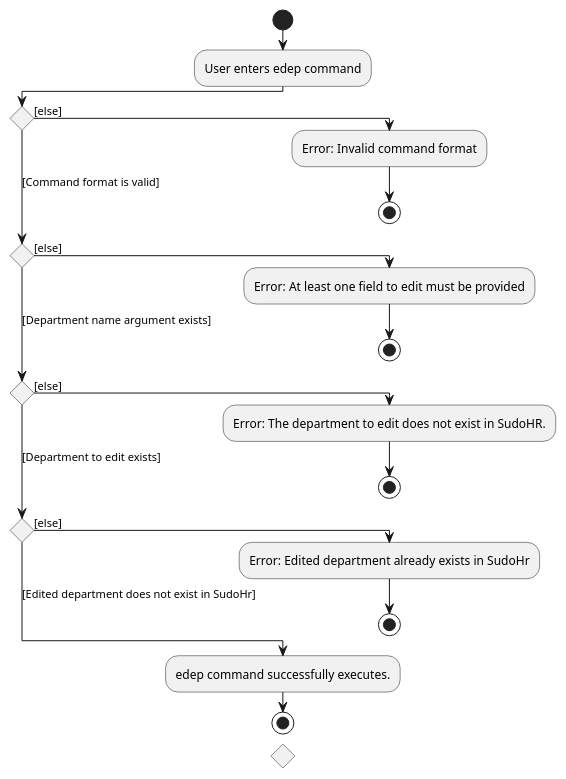
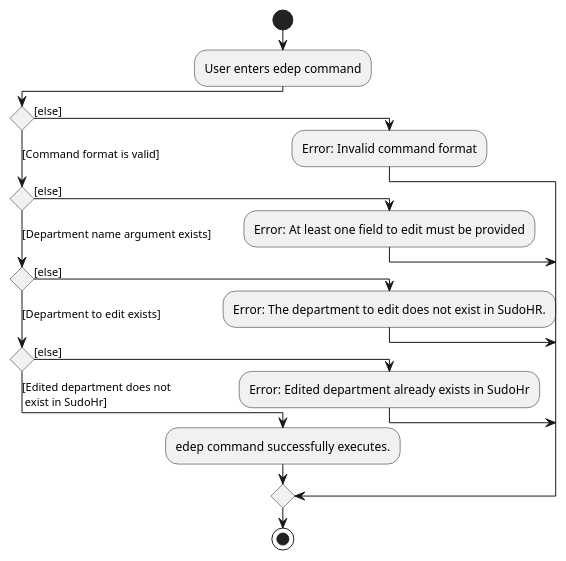
The diagram in docs/diagrams/commands/department/EditDepartmentActivityDiagram.puml (nus-cs2103-AY2223S2/tp), drawn with PlantUML before and after one commit. The commit also changed 12 other files, not shown here.

Commit message:
Update activity diagrams

```diff
--- a/docs/diagrams/commands/department/EditDepartmentActivityDiagram.puml
+++ b/docs/diagrams/commands/department/EditDepartmentActivityDiagram.puml
@@ -2,21 +2,19 @@
 @startuml
 !pragma useVerticalIf on
 start
 :User enters edep command;
 if () then ([else])
   :Error: Invalid command format;
-  stop
 ([Command format is valid])elseif () then ([else])
   :Error: At least one field to edit must be provided;
-   stop
 ([Department name argument exists])elseif () then ([else])
   :Error: The department to edit does not exist in SudoHR.;
-   stop
 ([Department to edit exists])elseif () then ([else])
    :Error: Edited department already exists in SudoHr;
-   stop
- else ([Edited department does not exist in SudoHr])
+ else ([Edited department does not
+ exist in SudoHr])
   :edep command successfully executes.;
+  endif
 stop
 
 @enduml
```
